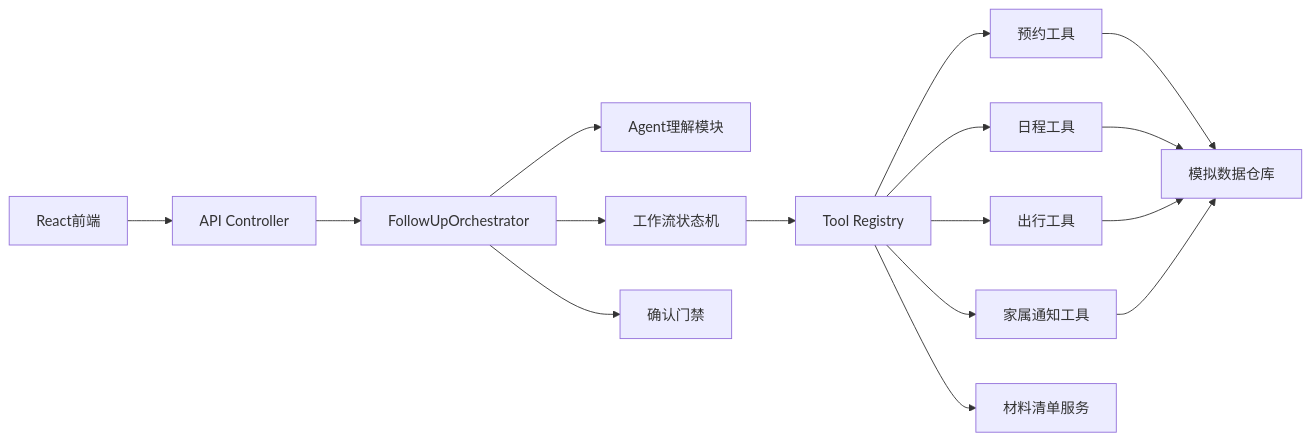
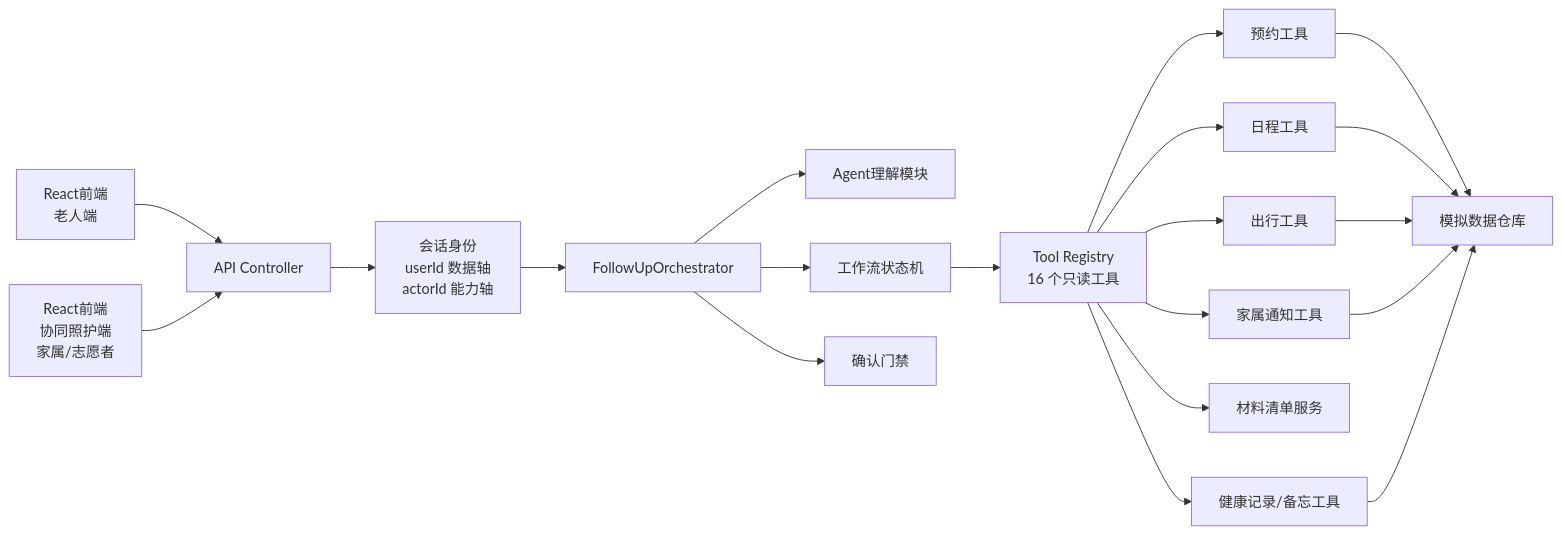
The diagram in docs/04-architecture-and-modules.md (zhaoqingqing666/silver-followup-agent), drawn with Mermaid before and after one commit. The commit also changed other lines of this file and 14 other files, not shown here.

````diff
--- a/docs/04-architecture-and-modules.md
+++ b/docs/04-architecture-and-modules.md
@@ -9,18 +11,22 @@
 ```mermaid
 flowchart LR
-    UI[React前端] --> CTL[API Controller]
-    CTL --> ORC[FollowUpOrchestrator]
+    UI[React前端<br/>老人端] --> CTL[API Controller]
+    CARE[React前端<br/>协同照护端<br/>家属/志愿者] --> CTL
+    CTL --> IDN[会话身份<br/>userId 数据轴<br/>actorId 能力轴]
+    IDN --> ORC[FollowUpOrchestrator]
     ORC --> AG[Agent理解模块]
     ORC --> WF[工作流状态机]
     ORC --> CG[确认门禁]
-    WF --> TR[Tool Registry]
+    WF --> TR[Tool Registry<br/>16 个只读工具]
     TR --> AP[预约工具]
     TR --> SC[日程工具]
     TR --> TV[出行工具]
     TR --> FN[家属通知工具]
     TR --> MT[材料清单服务]
+    TR --> HR[健康记录/备忘工具]
     AP --> MD[模拟数据仓库]
     SC --> MD
     TV --> MD
     FN --> MD
+    HR --> MD
 ```
````
